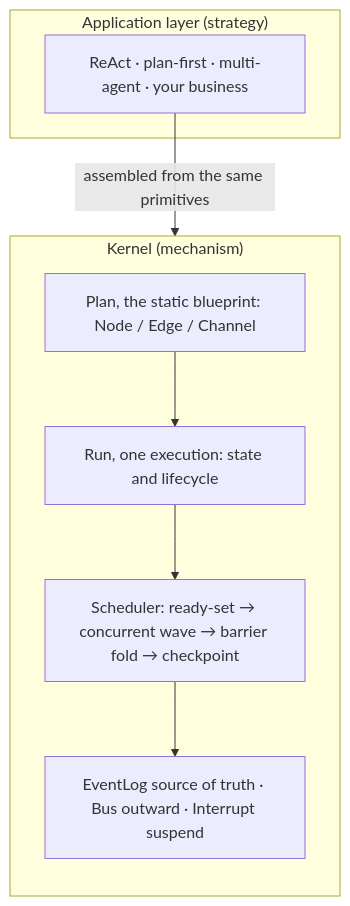
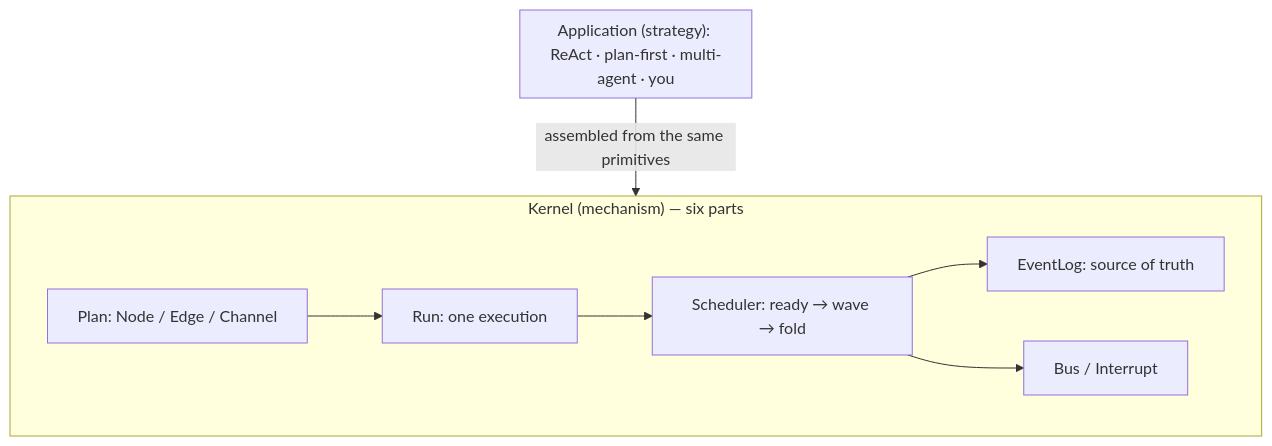
Before and after one commit to limenagent/prodagent: the diagram in README.md, drawn with Mermaid. The commit also changed other lines of this file and 14 other files, not shown here.

````diff
--- a/README.md
+++ b/README.md
@@ -58,15 +37,11 @@
 ```mermaid
 flowchart TB
-  subgraph APP["Application layer (strategy)"]
-    A["ReAct · plan-first · multi-agent · your business"]
+  subgraph APP["Application (strategy): ReAct · plan-first · multi-agent · you"]
   end
-  subgraph K["Kernel (mechanism)"]
-    direction TB
-    P["Plan, the static blueprint: Node / Edge / Channel"]
-    R["Run, one execution: state and lifecycle"]
-    S["Scheduler: ready-set → concurrent wave → barrier fold → checkpoint"]
-    E["EventLog source of truth · Bus outward · Interrupt suspend"]
-    P --> R --> S --> E
+  subgraph K["Kernel (mechanism) — six parts"]
+    P["Plan: Node / Edge / Channel"] --> R["Run: one execution"] --> S["Scheduler: ready → wave → fold"]
+    S --> L["EventLog: source of truth"]
+    S --> BI["Bus / Interrupt"]
   end
-  A -->|assembled from the same primitives| K
+  APP -->|assembled from the same primitives| K
 ```
````
